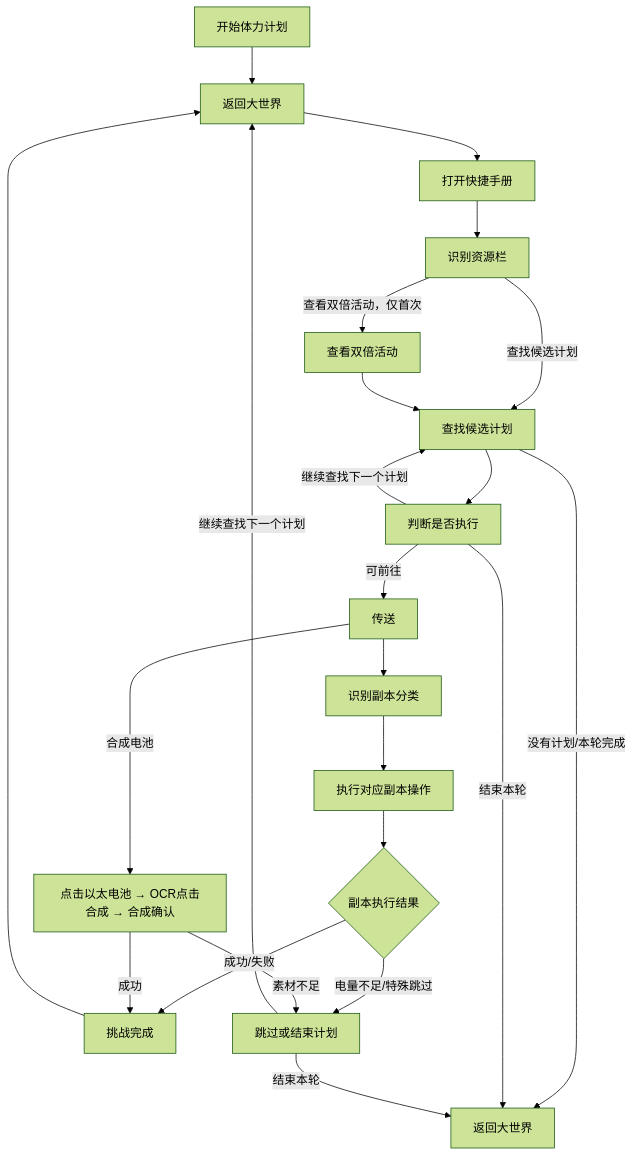
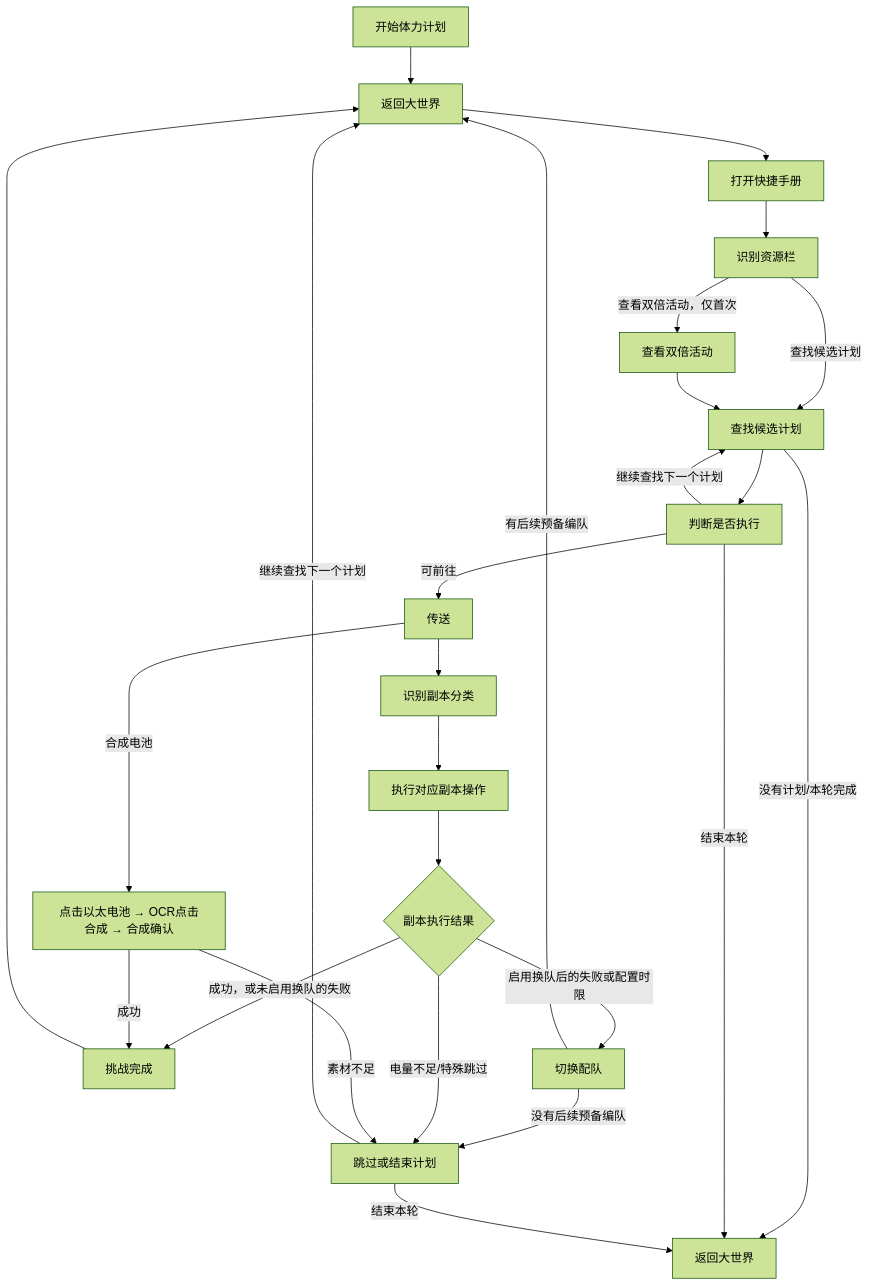
The diagram in docs/develop/zzz/application/charge_plan.md (OneDragon-Anything/ZenlessZoneZero-OneDragon), drawn with Mermaid (forest theme) before and after one commit. The commit also changed other lines of this file and 11 other files, not shown here.

````diff
--- a/docs/develop/zzz/application/charge_plan.md
+++ b/docs/develop/zzz/application/charge_plan.md
@@ -193,25 +206,28 @@
 ```mermaid
 graph TD
     A["开始体力计划"] --> B0["返回大世界"]
     B0 --> B["打开快捷手册"]
     B --> C["识别资源栏"]
     C -->|查看双倍活动，仅首次| C2["查看双倍活动"]
     C -->|查找候选计划| D["查找候选计划"]
     C2 --> D
     D --> E["判断是否执行"]
     D -->|没有计划/本轮完成| J["返回大世界"]
     E -->|可前往| H["传送"]
     E -->|继续查找下一个计划| D
     E -->|结束本轮| J
     H -->|合成电池| EB["点击以太电池 → OCR点击合成 → 合成确认"]
     H --> K["识别副本分类"]
     K --> L["执行对应副本操作"]
     L --> M{"副本执行结果"}
-    M -->|成功/失败| N["挑战完成"]
+    M -->|成功，或未启用换队的失败| N["挑战完成"]
+    M -->|启用换队后的失败或配置时限| S["切换配队"]
+    S -->|有后续预备编队| B0
+    S -->|没有后续预备编队| Q
     M -->|电量不足/特殊跳过| Q["跳过或结束计划"]
     EB -->|成功| N
     EB -->|素材不足| Q
     N --> B0
     Q -->|继续查找下一个计划| B0
     Q -->|结束本轮| J
 ```
````
